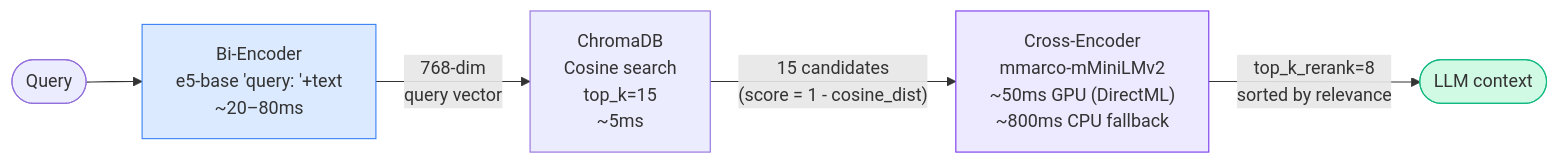
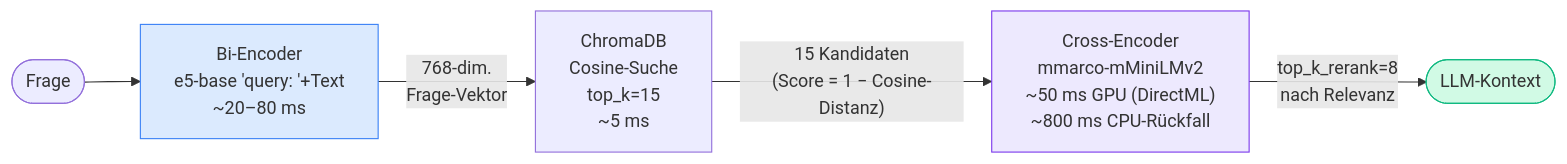
Before and after one commit to FabianHentrich/lorekeeper: the first of 2 diagrams in docs/embedding-strategy.md, drawn with Mermaid. The commit also changed other lines of this file and 15 other files, not shown here.

````diff
--- a/docs/embedding-strategy.md
+++ b/docs/embedding-strategy.md
@@ -237,11 +213,11 @@
 ```mermaid
 flowchart LR
-    Q([Query]) --> BE["Bi-Encoder\ne5-base 'query: '+text\n~20–80ms"]
-    BE -->|"768-dim\nquery vector"| CS["ChromaDB\nCosine search\ntop_k=15\n~5ms"]
-    CS -->|"15 candidates\n(score = 1 - cosine_dist)"| CE["Cross-Encoder\nmmarco-mMiniLMv2\n~50ms GPU (DirectML)\n~800ms CPU fallback"]
-    CE -->|"top_k_rerank=8\nsorted by relevance"| LLM([LLM context])
+    Q([Frage]) --> BE["Bi-Encoder\ne5-base 'query: '+Text\n~20–80 ms"]
+    BE -->|"768-dim.\nFrage-Vektor"| CS["ChromaDB\nCosine-Suche\ntop_k=15\n~5 ms"]
+    CS -->|"15 Kandidaten\n(Score = 1 − Cosine-Distanz)"| CE["Cross-Encoder\nmmarco-mMiniLMv2\n~50 ms GPU (DirectML)\n~800 ms CPU-Rückfall"]
+    CE -->|"top_k_rerank=8\nnach Relevanz"| LLM([LLM-Kontext])
 
     style BE fill:#dbeafe,stroke:#3b82f6
     style CE fill:#ede9fe,stroke:#7c3aed
     style LLM fill:#d1fae5,stroke:#10b981
 ```
````
